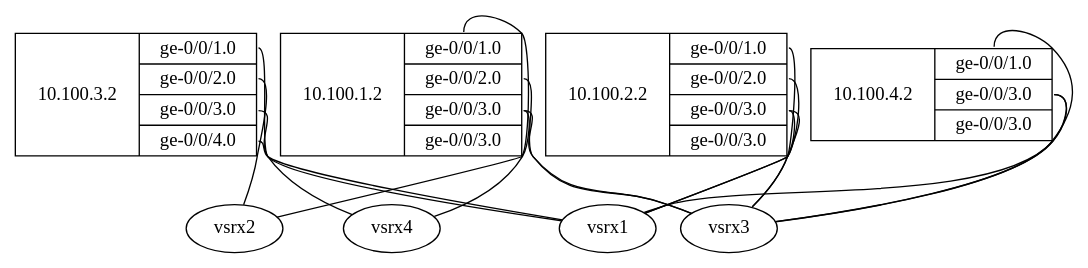
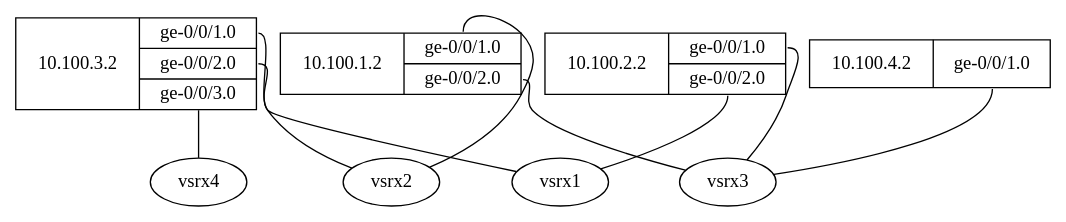
One commit to jeremyhendrickson/BuildNetAutoSol changed the diagram in Exercise1/LLDP-to-Graph-pyeznc/network.dot. Above: the diagram before and after it, drawn with Graphviz. The commit also changed 1 other file, not shown here.

```diff
--- a/Exercise1/LLDP-to-Graph-pyeznc/network.dot
+++ b/Exercise1/LLDP-to-Graph-pyeznc/network.dot
@@ -1,25 +1,18 @@
 graph network {
   "10.100.1.2" [shape=record,
-    label="<node>10.100.1.2|{ <ge-0/0/1.0>ge-0/0/1.0|<ge-0/0/2.0>ge-0/0/2.0|<ge-0/0/3.0>ge-0/0/3.0|<ge-0/0/3.0>ge-0/0/3.0 }"];
+    label="<node>10.100.1.2|{ <ge-0/0/1.0>ge-0/0/1.0|<ge-0/0/2.0>ge-0/0/2.0 }"];
   "10.100.2.2" [shape=record,
-    label="<node>10.100.2.2|{ <ge-0/0/1.0>ge-0/0/1.0|<ge-0/0/2.0>ge-0/0/2.0|<ge-0/0/3.0>ge-0/0/3.0|<ge-0/0/3.0>ge-0/0/3.0 }"];
+    label="<node>10.100.2.2|{ <ge-0/0/1.0>ge-0/0/1.0|<ge-0/0/2.0>ge-0/0/2.0 }"];
   "10.100.3.2" [shape=record,
-    label="<node>10.100.3.2|{ <ge-0/0/1.0>ge-0/0/1.0|<ge-0/0/2.0>ge-0/0/2.0|<ge-0/0/3.0>ge-0/0/3.0|<ge-0/0/4.0>ge-0/0/4.0 }"];
+    label="<node>10.100.3.2|{ <ge-0/0/1.0>ge-0/0/1.0|<ge-0/0/2.0>ge-0/0/2.0|<ge-0/0/3.0>ge-0/0/3.0 }"];
   "10.100.4.2" [shape=record,
-    label="<node>10.100.4.2|{ <ge-0/0/1.0>ge-0/0/1.0|<ge-0/0/3.0>ge-0/0/3.0|<ge-0/0/3.0>ge-0/0/3.0 }"];
+    label="<node>10.100.4.2|{ <ge-0/0/1.0>ge-0/0/1.0 }"];
   "10.100.1.2":"ge-0/0/1.0" -- "vsrx2":"";
   "10.100.1.2":"ge-0/0/2.0" -- "vsrx3":"";
-  "10.100.1.2":"ge-0/0/3.0" -- "vsrx4":"";
-  "10.100.1.2":"ge-0/0/3.0" -- "vsrx3":"";
   "10.100.2.2":"ge-0/0/1.0" -- "vsrx3":"";
   "10.100.2.2":"ge-0/0/2.0" -- "vsrx1":"";
-  "10.100.2.2":"ge-0/0/3.0" -- "vsrx1":"";
-  "10.100.2.2":"ge-0/0/3.0" -- "vsrx3":"";
   "10.100.3.2":"ge-0/0/1.0" -- "vsrx1":"";
   "10.100.3.2":"ge-0/0/2.0" -- "vsrx2":"";
   "10.100.3.2":"ge-0/0/3.0" -- "vsrx4":"";
-  "10.100.3.2":"ge-0/0/4.0" -- "vsrx1":"";
   "10.100.4.2":"ge-0/0/1.0" -- "vsrx3":"";
-  "10.100.4.2":"ge-0/0/3.0" -- "vsrx1":"";
-  "10.100.4.2":"ge-0/0/3.0" -- "vsrx3":"";
 }
```
